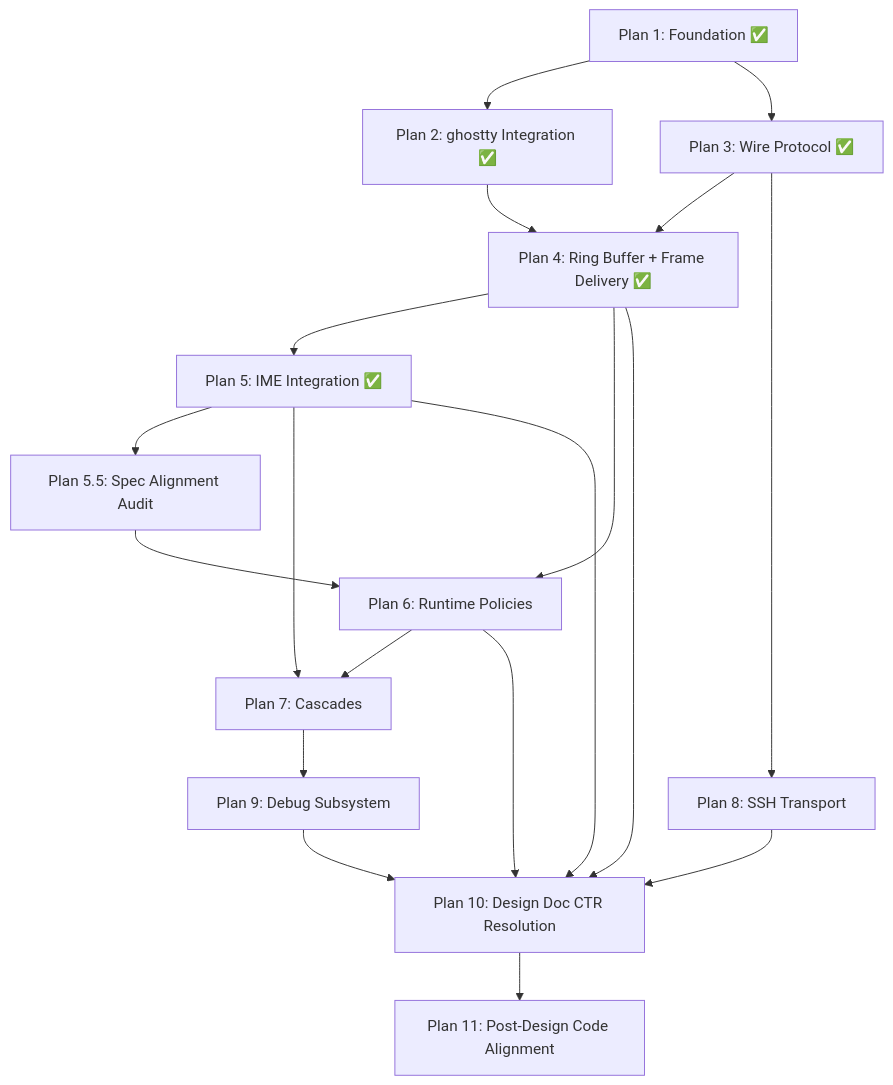
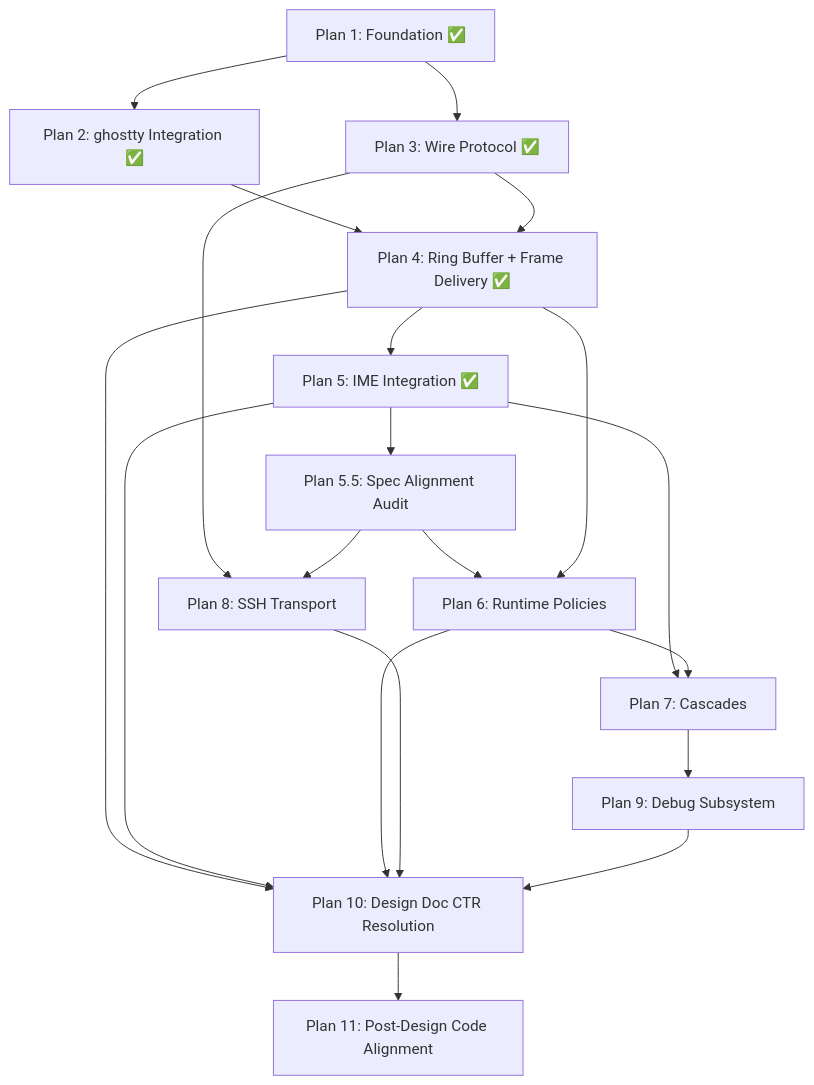
Before and after one commit to powdream-org/it-shell3: the diagram in docs/superpowers/plans/ROADMAP.md, drawn with Mermaid.

Commit message:
docs(plans): add Plan 8 dependency on Plan 5.5

````diff
--- a/docs/superpowers/plans/ROADMAP.md
+++ b/docs/superpowers/plans/ROADMAP.md
@@ -55,21 +55,22 @@
 ```mermaid
 graph TD
     P1["Plan 1: Foundation ✅"] --> P2["Plan 2: ghostty Integration ✅"]
     P1 --> P3["Plan 3: Wire Protocol ✅"]
     P2 --> P4["Plan 4: Ring Buffer + Frame Delivery ✅"]
     P3 --> P4
     P4 --> P5["Plan 5: IME Integration ✅"]
     P5 --> P5_5["Plan 5.5: Spec Alignment Audit"]
     P5_5 --> P6["Plan 6: Runtime Policies"]
     P4 --> P6
     P5 --> P7["Plan 7: Cascades"]
     P6 --> P7
     P7 --> P9["Plan 9: Debug Subsystem"]
     P3 --> P8["Plan 8: SSH Transport"]
+    P5_5 --> P8
     P4 --> P10["Plan 10: Design Doc CTR Resolution"]
     P5 --> P10
     P6 --> P10
     P8 --> P10
     P9 --> P10
     P10 --> P11["Plan 11: Post-Design Code Alignment"]
 ```
````
